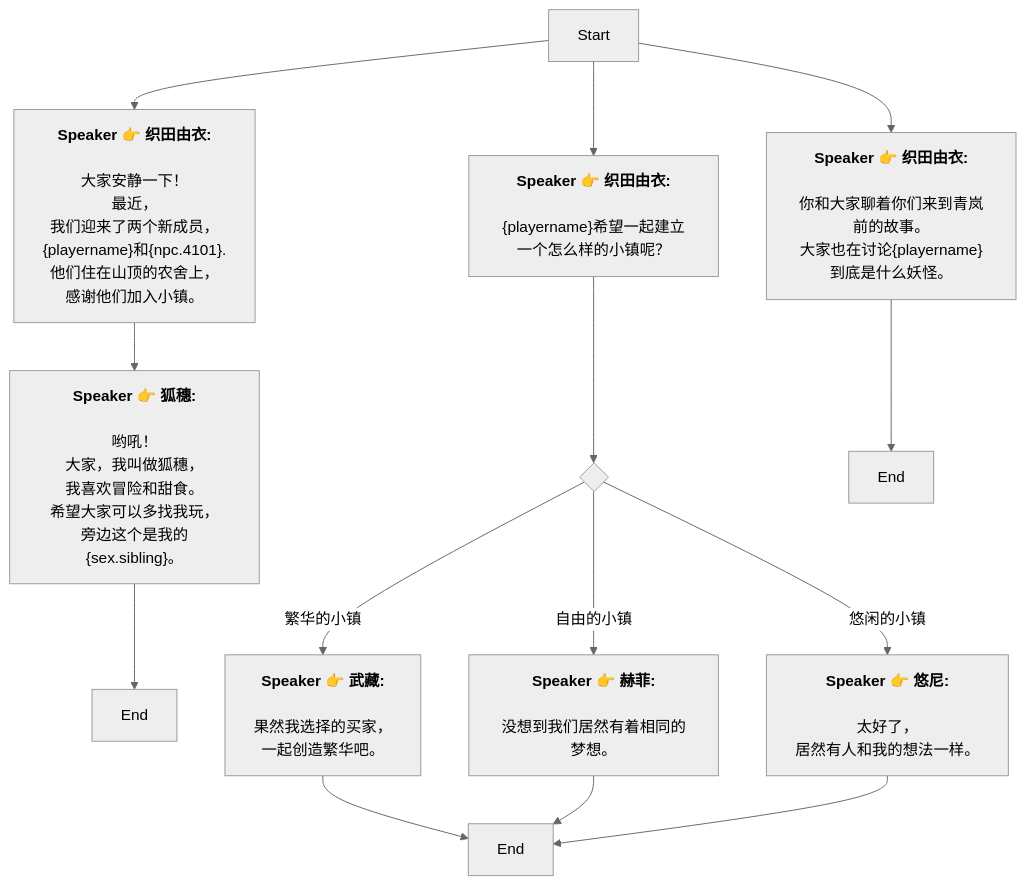
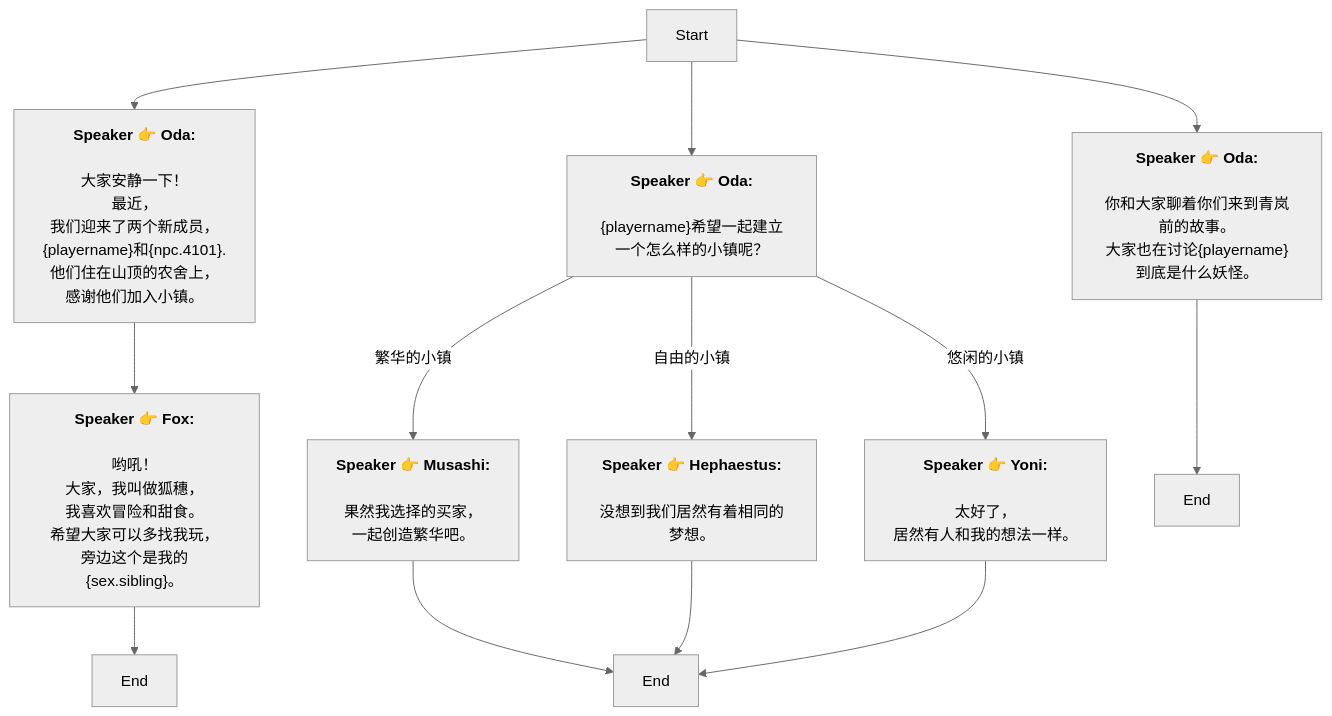
The diagram in Zh/MainStory_dialogue_02.md (SoftHu/tos_avg), drawn with Mermaid (neutral theme) before and after one commit. The commit also changed 737 other files, not shown here.

````diff
--- a/Zh/MainStory_dialogue_02.md
+++ b/Zh/MainStory_dialogue_02.md
@@ -1,43 +1,31 @@
 ```mermaid
 graph
-Start -->1758978700966534[<b>Speaker 👉 织田由衣:</b>
-
-大家安静一下！
-最近，
+Start -->1758978700966534[<b>Speaker 👉 Oda:</b>
+\n大家安静一下！\n最近，
 我们迎来了两个新成员，
-&lbrace;playername&rbrace;和&lbrace;npc.4101&rbrace;.
-他们住在山顶的农舍上，
+&lbrace;playername&rbrace;和&lbrace;npc.4101&rbrace;.\n他们住在山顶的农舍上，
 感谢他们加入小镇。]
-1758978700966534 -->1758988547395240[<b>Speaker 👉 狐穗:</b>
-
-哟吼！
+1758978700966534 -->1758988547395240[<b>Speaker 👉 Fox:</b>
+\n哟吼！
 大家，我叫做狐穗，
-我喜欢冒险和甜食。
-希望大家可以多找我玩，
+我喜欢冒险和甜食。\n希望大家可以多找我玩，
 旁边这个是我的&lbrace;sex.sibling&rbrace;。]
 1758988547395240 -->1758988331295399[End]
-Start -->1758987591518858[<b>Speaker 👉 织田由衣:</b>
-
-&lbrace;playername&rbrace;希望一起建立一个怎么样的小镇呢？]
-1758987591518858 -->1758987622846091{ }
-1758987622846091 -->|繁华的小镇|1758987649910418[<b>Speaker 👉 武藏:</b>
-
-果然我选择的买家，
+Start -->1758987591518858[<b>Speaker 👉 Oda:</b>
+\n&lbrace;playername&rbrace;希望一起建立一个怎么样的小镇呢？]
+1758987591518858 -->|繁华的小镇|1758987649910418[<b>Speaker 👉 Musashi:</b>
+\n果然我选择的买家，
 一起创造繁华吧。]
-1758987622846091 -->|自由的小镇|1758987690209939[<b>Speaker 👉 赫菲:</b>
-
-没想到我们居然有着相同的梦想。]
-1758987622846091 -->|悠闲的小镇|1758987694775956[<b>Speaker 👉 悠尼:</b>
-
-太好了，
+1758987591518858 -->|自由的小镇|1758987690209939[<b>Speaker 👉 Hephaestus:</b>
+\n没想到我们居然有着相同的梦想。]
+1758987591518858 -->|悠闲的小镇|1758987694775956[<b>Speaker 👉 Yoni:</b>
+\n太好了，
 居然有人和我的想法一样。]
 1758987649910418 -->1758987782295191[End]
 1758987690209939 -->1758987782295191[End]
 1758987694775956 -->1758987782295191[End]
-Start -->1758989698507443[<b>Speaker 👉 织田由衣:</b>
-
-你和大家聊着你们来到青岚前的故事。
-大家也在讨论&lbrace;playername&rbrace;到底是什么妖怪。]
+Start -->1758989698507443[<b>Speaker 👉 Oda:</b>
+\n你和大家聊着你们来到青岚前的故事。\n大家也在讨论&lbrace;playername&rbrace;到底是什么妖怪。]
 1758989698507443 -->1758989730576052[End]
 
- ```
+```
````
